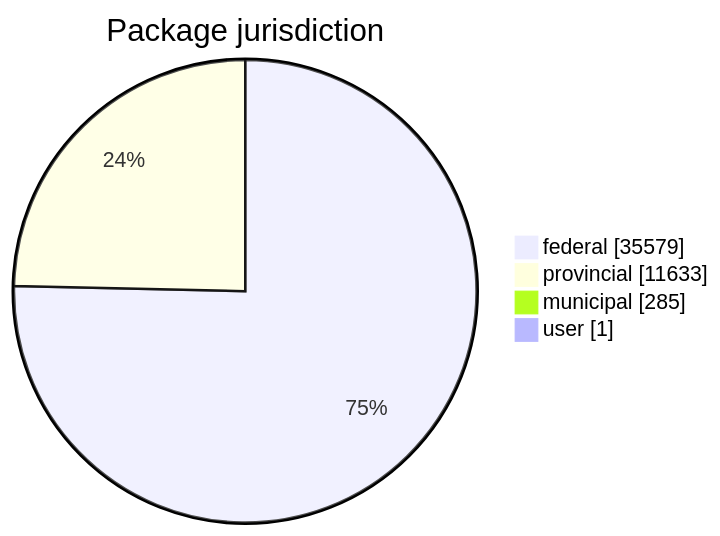
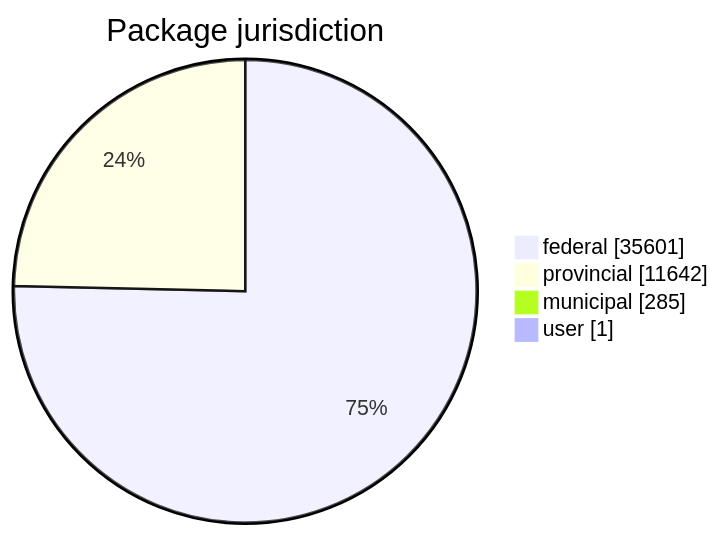
One commit to open-data/analytics-corporate-reporting changed the first of 5 diagrams in FreshCheck/README.md. Above: the diagram before and after it, drawn with Mermaid. The commit also changed other lines of this file and 3 other files, not shown here.

````diff
--- a/FreshCheck/README.md
+++ b/FreshCheck/README.md
@@ -60,7 +60,7 @@
 ```mermaid
 pie showData title Package jurisdiction
-    "federal": 35579
-    "provincial": 11633
+    "federal": 35601
+    "provincial": 11642
     "municipal": 285
     "user": 1
 ```
````
